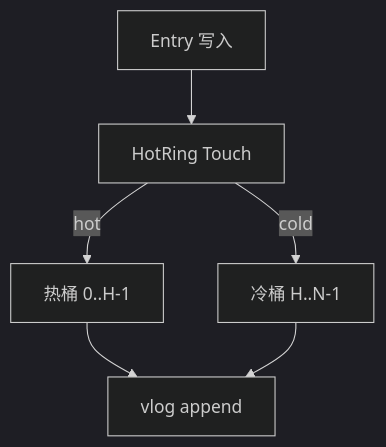
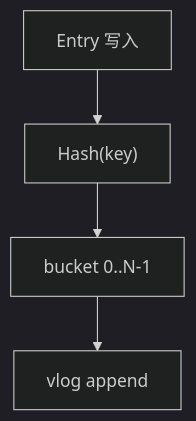
The fifth of 7 diagrams in docs/notes/2026-02-05-vlog-design-and-gc.md (feichai0017/NoKV), drawn with Mermaid (dark theme) before and after one commit. The commit also changed other lines of this file and 32 other files, not shown here.

````diff
--- a/docs/notes/2026-02-05-vlog-design-and-gc.md
+++ b/docs/notes/2026-02-05-vlog-design-and-gc.md
@@ -171,8 +171,6 @@
 ```mermaid
 flowchart TD
-  E["Entry 写入"] --> H["HotRing Touch"]
-  H -->|hot| B1["热桶 0..H-1"]
-  H -->|cold| B2["冷桶 H..N-1"]
-  B1 --> V["vlog append"]
-  B2 --> V
+  E["Entry 写入"] --> H["Hash(key)"]
+  H --> B["bucket 0..N-1"]
+  B --> V["vlog append"]
 ```
````
